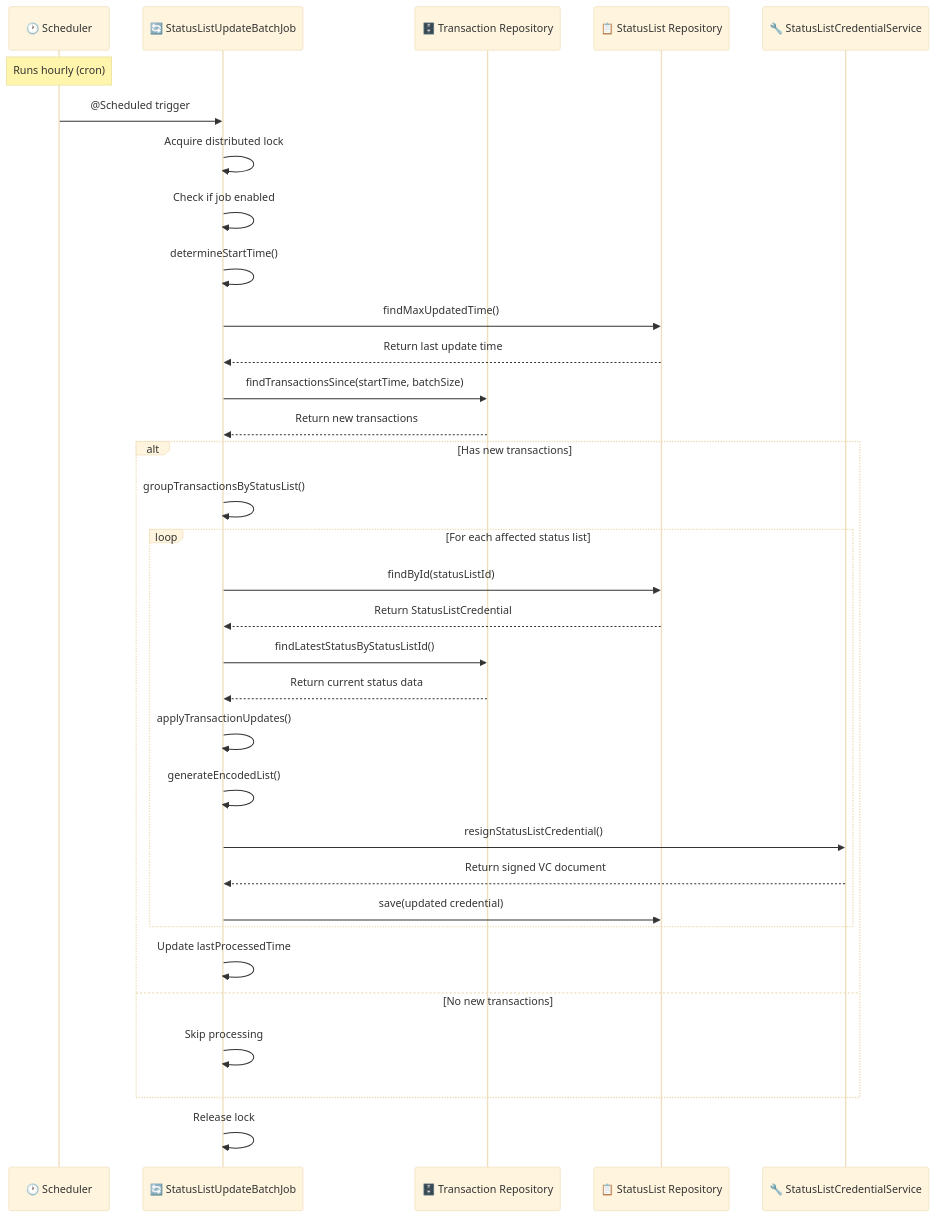
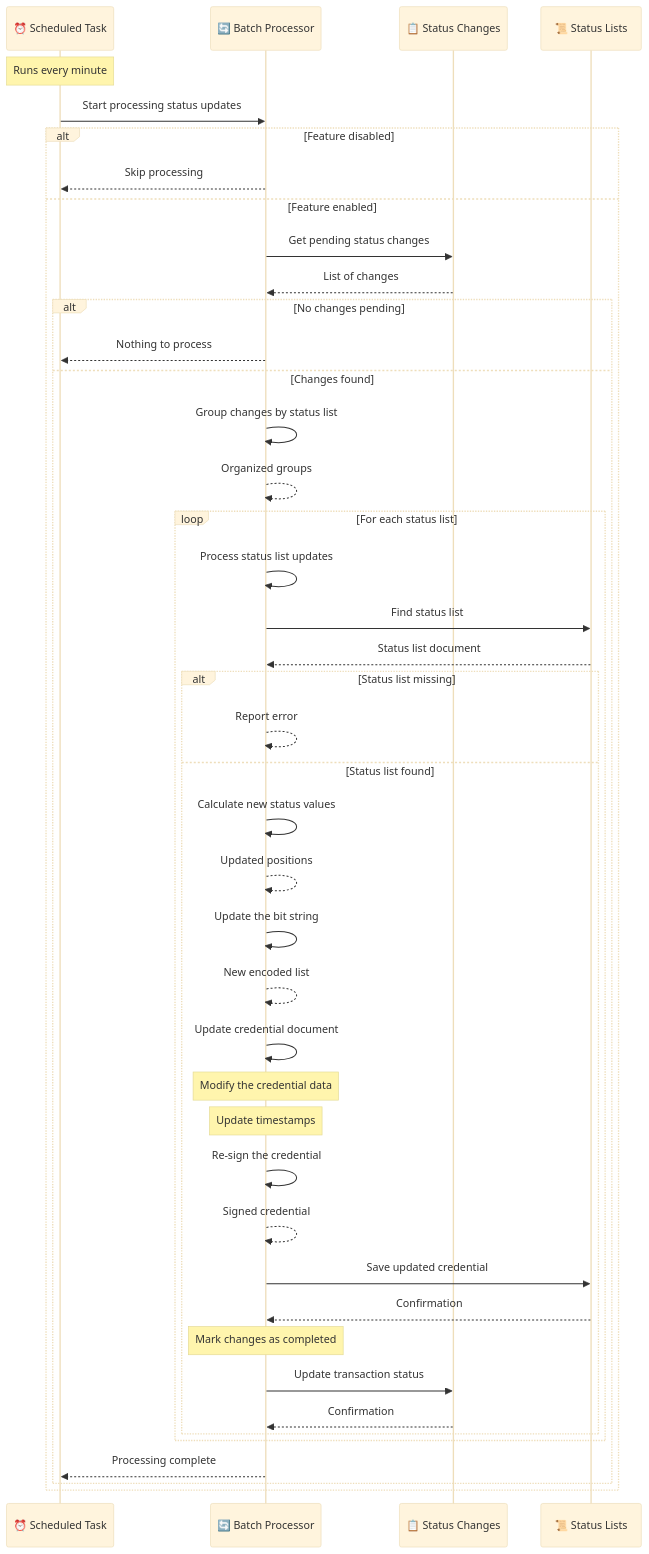
One commit to mosip/inji-certify changed the fifth of 5 diagrams in docs/VC-Revocation-Support.md. Above: the diagram before and after it, drawn with Mermaid (base theme). The commit also changed other lines of this file and 1 other file, not shown here.

````diff
--- a/docs/VC-Revocation-Support.md
+++ b/docs/VC-Revocation-Support.md
@@ -278,47 +302,45 @@
-    ```mermaid
-    sequenceDiagram
-        participant Scheduler as 🕐 Scheduler
-        participant BatchJob as 🔄 StatusListUpdateBatchJob
-        participant TransactionRepo as 🗄️ Transaction Repository
-        participant StatusListRepo as 📋 StatusList Repository
-        participant StatusListService as 🔧 StatusListCredentialService
-    
-        Note over Scheduler: Runs hourly (cron)
-        
-        Scheduler->>BatchJob: @Scheduled trigger
-        BatchJob->>BatchJob: Acquire distributed lock
-        BatchJob->>BatchJob: Check if job enabled
-        
-        BatchJob->>BatchJob: determineStartTime()
-        BatchJob->>StatusListRepo: findMaxUpdatedTime()
-        StatusListRepo-->>BatchJob: Return last update time
-        
-        BatchJob->>TransactionRepo: findTransactionsSince(startTime, batchSize)
-        TransactionRepo-->>BatchJob: Return new transactions
-        
-        alt Has new transactions
-            BatchJob->>BatchJob: groupTransactionsByStatusList()
-            
-            loop For each affected status list
-                BatchJob->>StatusListRepo: findById(statusListId)
-                StatusListRepo-->>BatchJob: Return StatusListCredential
-                
-                BatchJob->>TransactionRepo: findLatestStatusByStatusListId()
-                TransactionRepo-->>BatchJob: Return current status data
-                
-                BatchJob->>BatchJob: applyTransactionUpdates()
-                BatchJob->>BatchJob: generateEncodedList()
-                
-                BatchJob->>StatusListService: resignStatusListCredential()
-                StatusListService-->>BatchJob: Return signed VC document
-                
-                BatchJob->>StatusListRepo: save(updated credential)
+```mermaid
+  sequenceDiagram
+    participant Scheduler as ⏰ Scheduled Task
+    participant BatchJob as 🔄 Batch Processor
+    participant TransactionDB as 📋 Status Changes
+    participant StatusDB as 📜 Status Lists
+    Note over Scheduler: Runs every minute
+    Scheduler->>BatchJob: Start processing status updates
+    alt Feature disabled
+        BatchJob-->>Scheduler: Skip processing
+    else Feature enabled
+        BatchJob->>TransactionDB: Get pending status changes
+        TransactionDB-->>BatchJob: List of changes
+        alt No changes pending
+            BatchJob-->>Scheduler: Nothing to process
+        else Changes found
+            BatchJob->>BatchJob: Group changes by status list
+            BatchJob-->>BatchJob: Organized groups
+            loop For each status list
+                BatchJob->>BatchJob: Process status list updates
+                BatchJob->>StatusDB: Find status list
+                StatusDB-->>BatchJob: Status list document
+                alt Status list missing
+                    BatchJob-->>BatchJob: Report error
+                else Status list found
+                    BatchJob->>BatchJob: Calculate new status values
+                    BatchJob-->>BatchJob: Updated positions
+                    BatchJob->>BatchJob: Update the bit string
+                    BatchJob-->>BatchJob: New encoded list
+                    BatchJob->>BatchJob: Update credential document
+                    Note over BatchJob: Modify the credential data
+                    Note over BatchJob: Update timestamps
+                    BatchJob->>BatchJob: Re-sign the credential
+                    BatchJob-->>BatchJob: Signed credential
+                    BatchJob->>StatusDB: Save updated credential
+                    StatusDB-->>BatchJob: Confirmation
+                    Note over BatchJob: Mark changes as completed
+                    BatchJob->>TransactionDB: Update transaction status
+                    TransactionDB-->>BatchJob: Confirmation
+                end
             end
-            
-            BatchJob->>BatchJob: Update lastProcessedTime
-        else No new transactions
-            BatchJob->>BatchJob: Skip processing
+            BatchJob-->>Scheduler: Processing complete
         end
-        
-        BatchJob->>BatchJob: Release lock
-    ```
+    end
+```
````
